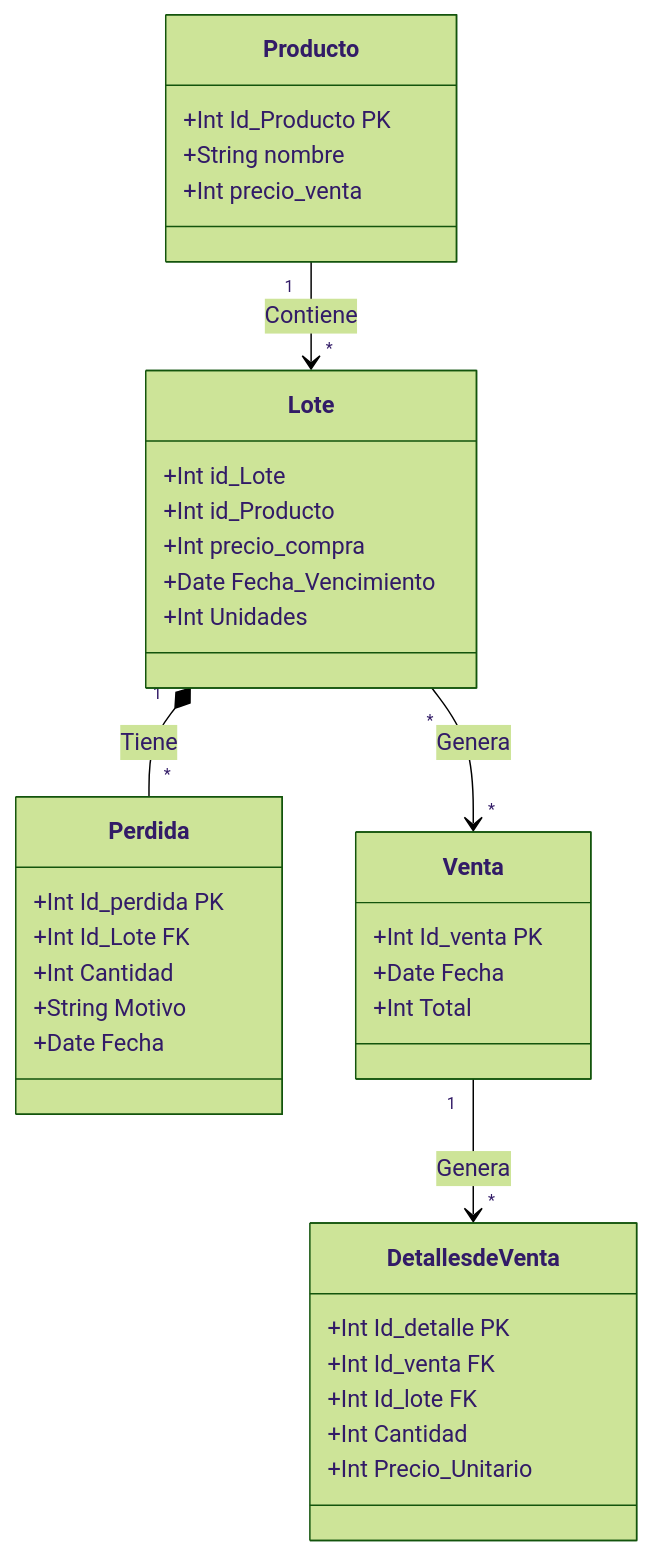
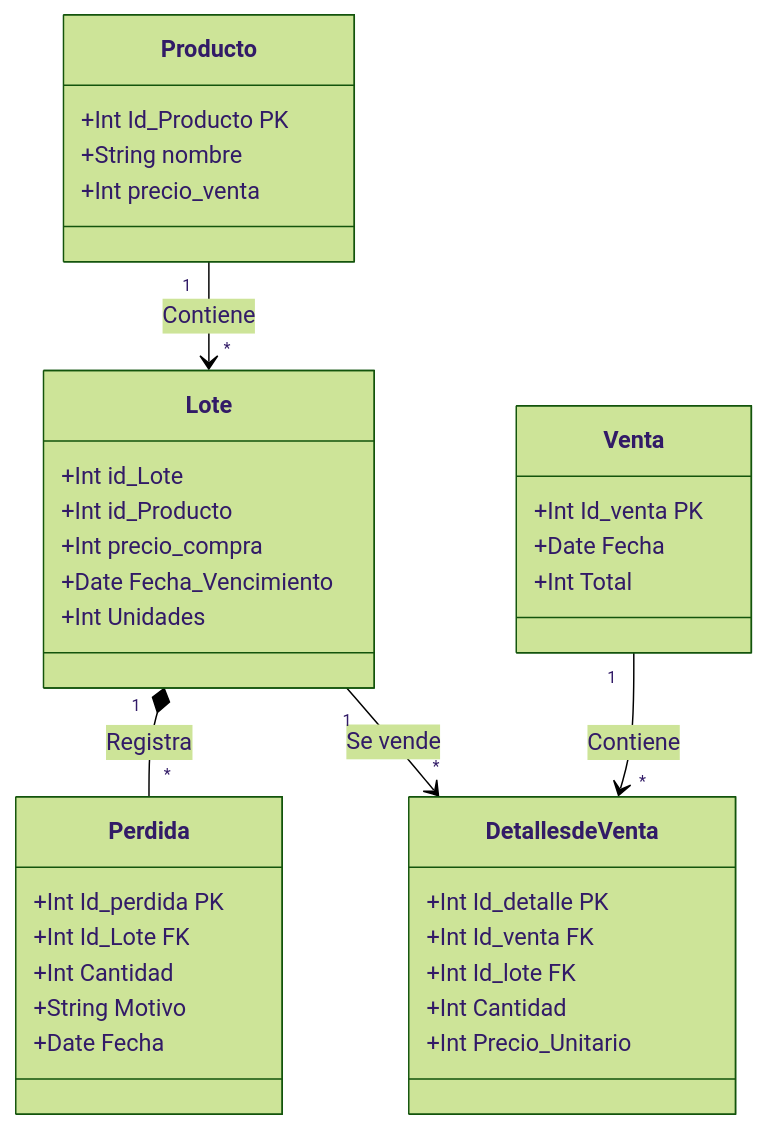
One commit to CokkeDev/Mi-Negocio changed the diagram in README.md. Above: the diagram before and after it, drawn with Mermaid (forest theme).

Commit message:
se modifico el diagrama de entidad relación, se cambio la cardinalidad y la ubicación de la tabla lotes, un lote se vende y puede generar muchos detalles de venta mientras que una venta puede tener muchos detalles de ventas

````diff
--- a/README.md
+++ b/README.md
@@ -39,43 +39,43 @@
 ```mermaid
 classDiagram
   class Producto {
     +Int Id_Producto PK
     +String nombre
     +Int precio_venta
   }
 
   class Lote {
     +Int id_Lote
     +Int id_Producto
     +Int precio_compra
     +Date Fecha_Vencimiento
     +Int Unidades
   }
 
   class Perdida {
     +Int Id_perdida PK
     +Int Id_Lote FK
     +Int Cantidad
     +String Motivo
     +Date Fecha
   }
 
   class Venta {
     +Int Id_venta PK
     +Date Fecha
     +Int Total
   }
 
     class Detalles de Venta{
     +Int Id_detalle PK
     +Int Id_venta FK
     +Int Id_lote FK
     +Int Cantidad
     +Int Precio_Unitario
   }
 
   Producto "1" --> "*" Lote : Contiene
-  Lote "1" *-- "*" Perdida : Tiene
-  Lote "*" --> "*" Venta : Genera
-  Venta "1" --> "*" Detalles de Venta : Genera
+  Lote "1" *-- "*" Perdida : Registra
+  Lote "1" --> "*" Detalles de Venta : Se vende
+  Venta "1" --> "*" Detalles de Venta : Contiene
 ```
````
